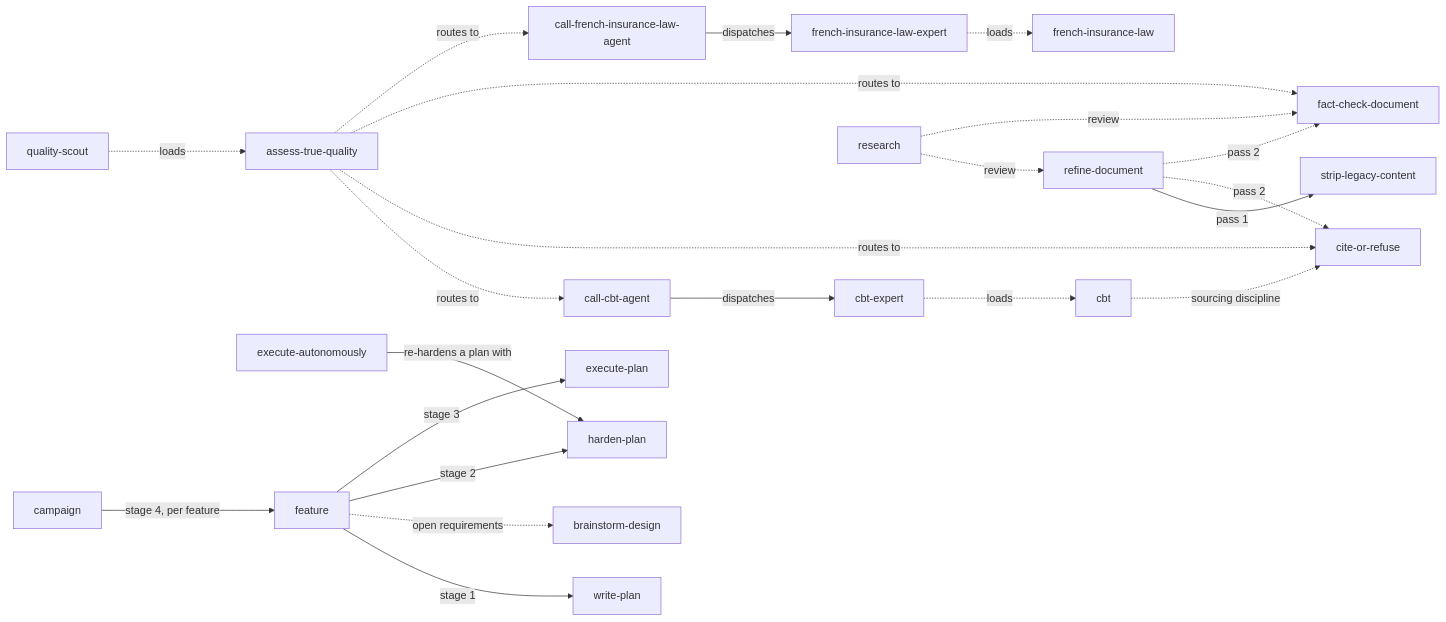
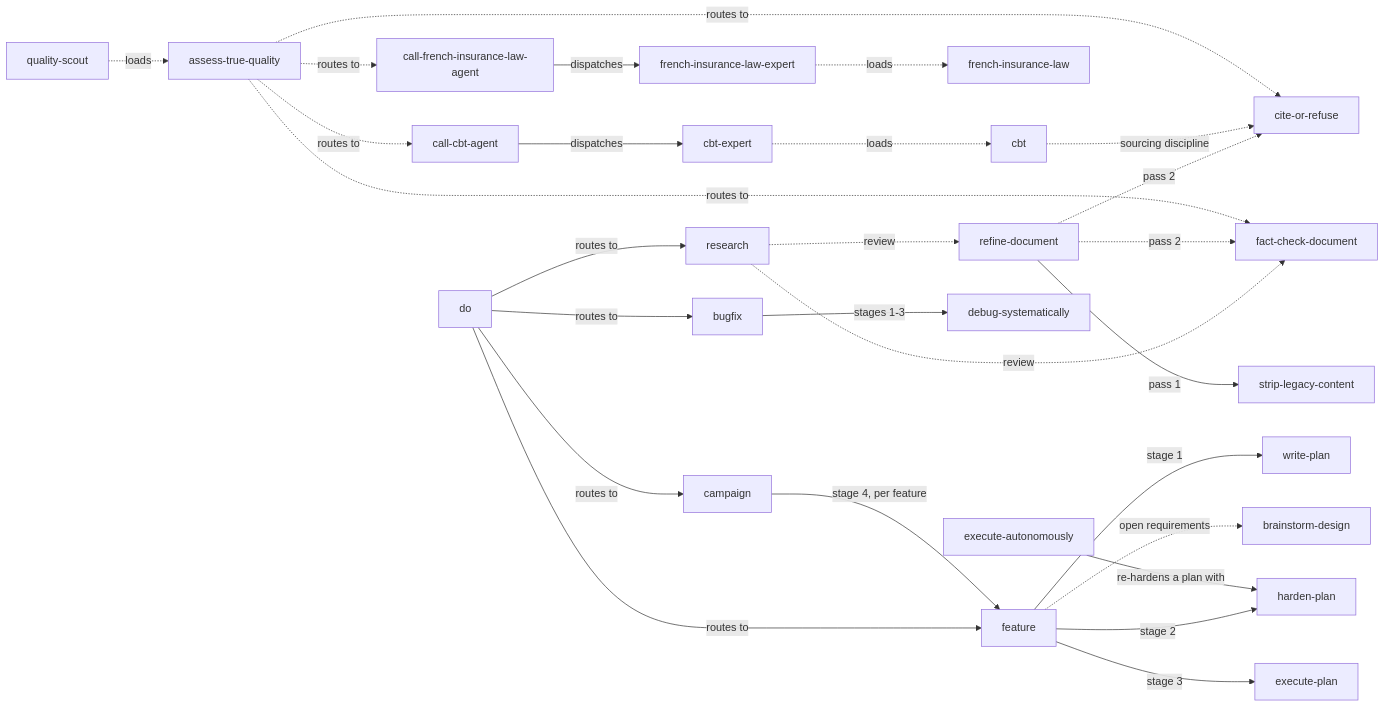
Before and after one commit to Ephasme/agent-skills: the diagram in dependencies.md, drawn with Mermaid. The commit also changed 2 other files, not shown here.

Commit message:
feat(skills): add /bugfix and /do pipeline skills
- bugfix: debug-systematically investigation, root cause proven by a failing test,
  fix at the source plus repair of existing damage, PR, open-code-review, fixes, merge.
- do: routes a request to research, bugfix, feature or campaign, alone or chained,
  nesting each skill's todo items under its route item so none replaces the route list.
- dependencies.md: edges for both.

````diff
--- a/dependencies.md
+++ b/dependencies.md
@@ -6,26 +6,31 @@
 ```mermaid
 flowchart LR
   cbt-expert -.->|loads| cbt
   french-insurance-law-expert -.->|loads| french-insurance-law
   quality-scout -.->|loads| assess-true-quality
   call-cbt-agent -->|dispatches| cbt-expert
   call-french-insurance-law-agent -->|dispatches| french-insurance-law-expert
 
   assess-true-quality -.->|routes to| call-cbt-agent
   assess-true-quality -.->|routes to| cite-or-refuse
   assess-true-quality -.->|routes to| fact-check-document
   assess-true-quality -.->|routes to| call-french-insurance-law-agent
   cbt -.->|sourcing discipline| cite-or-refuse
 
   refine-document -->|pass 1| strip-legacy-content
   refine-document -.->|pass 2| cite-or-refuse
   refine-document -.->|pass 2| fact-check-document
   research -.->|review| refine-document
   research -.->|review| fact-check-document
   execute-autonomously -->|re-hardens a plan with| harden-plan
   feature -->|stage 1| write-plan
   feature -.->|open requirements| brainstorm-design
   feature -->|stage 2| harden-plan
   feature -->|stage 3| execute-plan
   campaign -->|stage 4, per feature| feature
+  bugfix -->|stages 1-3| debug-systematically
+  do -->|routes to| research
+  do -->|routes to| bugfix
+  do -->|routes to| feature
+  do -->|routes to| campaign
 ```
````
